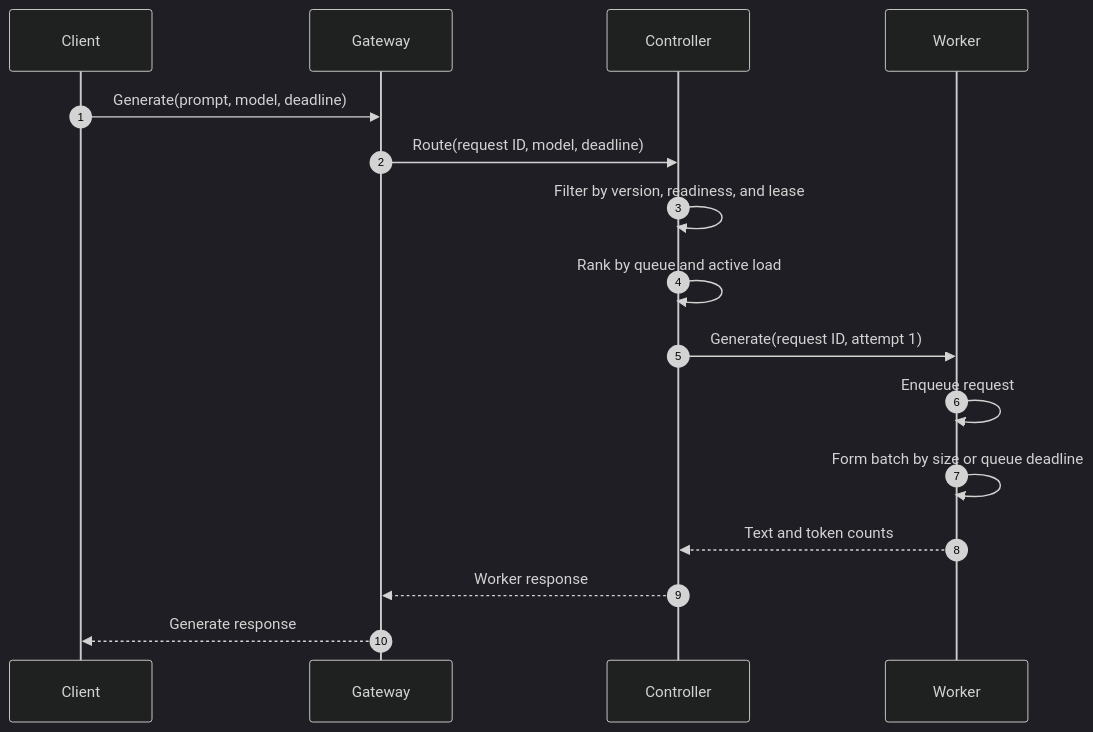
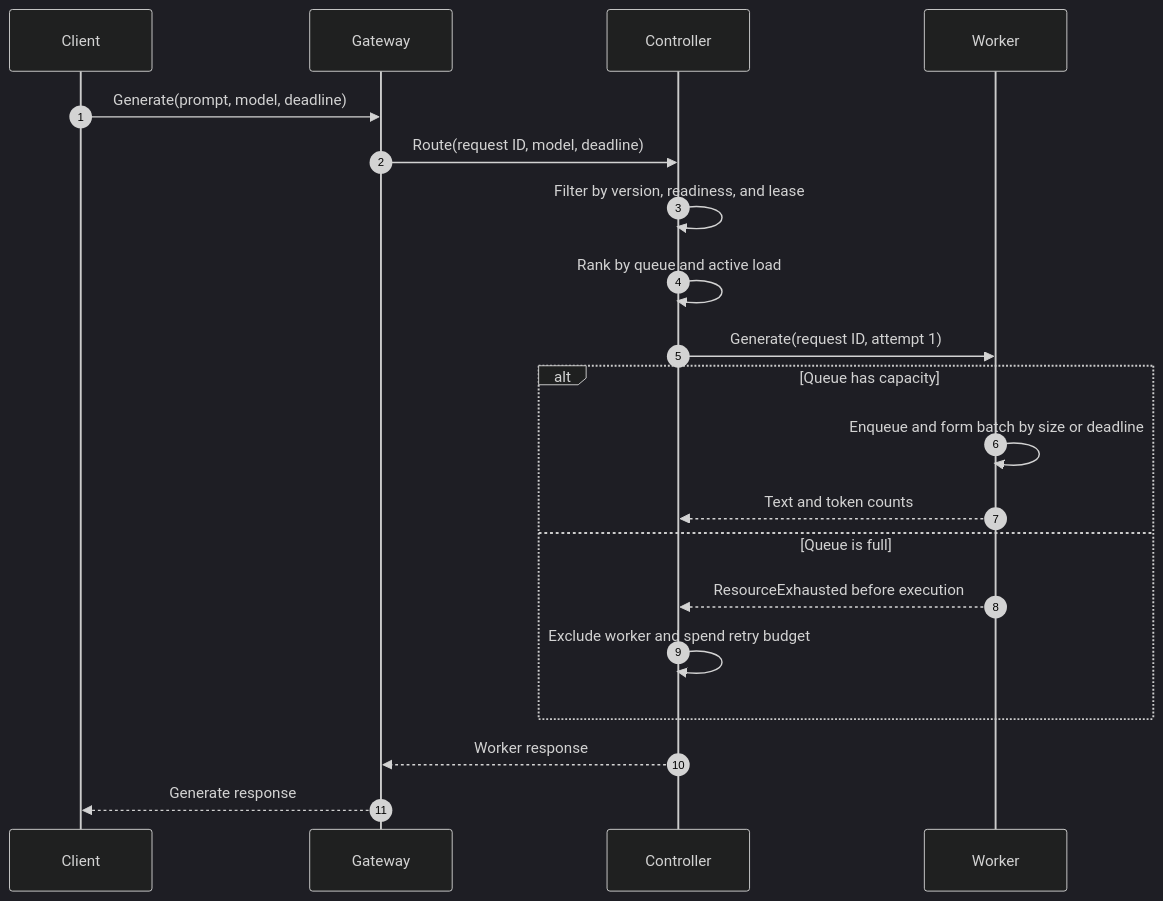
Before and after one commit to jiholee5217/distributed-llm-inference-platform: the third of 6 diagrams in docs/diagrams.md, drawn with Mermaid (dark theme). The commit also changed other lines of this file and 16 other files, not shown here.

````diff
--- a/docs/diagrams.md
+++ b/docs/diagrams.md
@@ -73,19 +73,23 @@
 ```mermaid
 sequenceDiagram
     autonumber
     participant Client
     participant Gateway
     participant Controller
     participant Worker
 
     Client->>Gateway: Generate(prompt, model, deadline)
     Gateway->>Controller: Route(request ID, model, deadline)
     Controller->>Controller: Filter by version, readiness, and lease
     Controller->>Controller: Rank by queue and active load
     Controller->>Worker: Generate(request ID, attempt 1)
-    Worker->>Worker: Enqueue request
-    Worker->>Worker: Form batch by size or queue deadline
-    Worker-->>Controller: Text and token counts
+    alt Queue has capacity
+        Worker->>Worker: Enqueue and form batch by size or deadline
+        Worker-->>Controller: Text and token counts
+    else Queue is full
+        Worker-->>Controller: ResourceExhausted before execution
+        Controller->>Controller: Exclude worker and spend retry budget
+    end
     Controller-->>Gateway: Worker response
     Gateway-->>Client: Generate response
 ```
````
